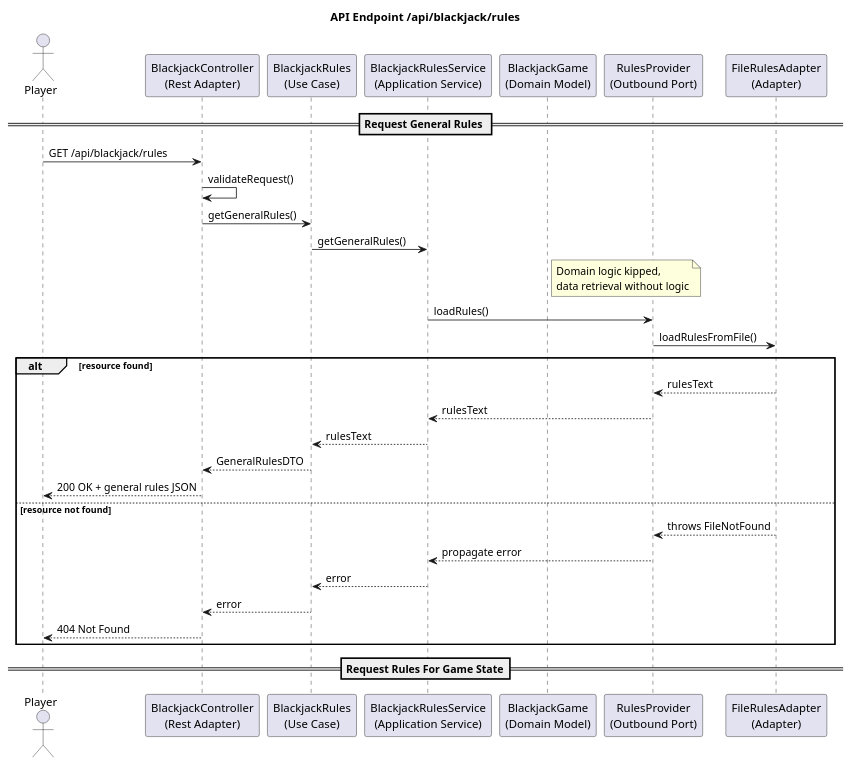
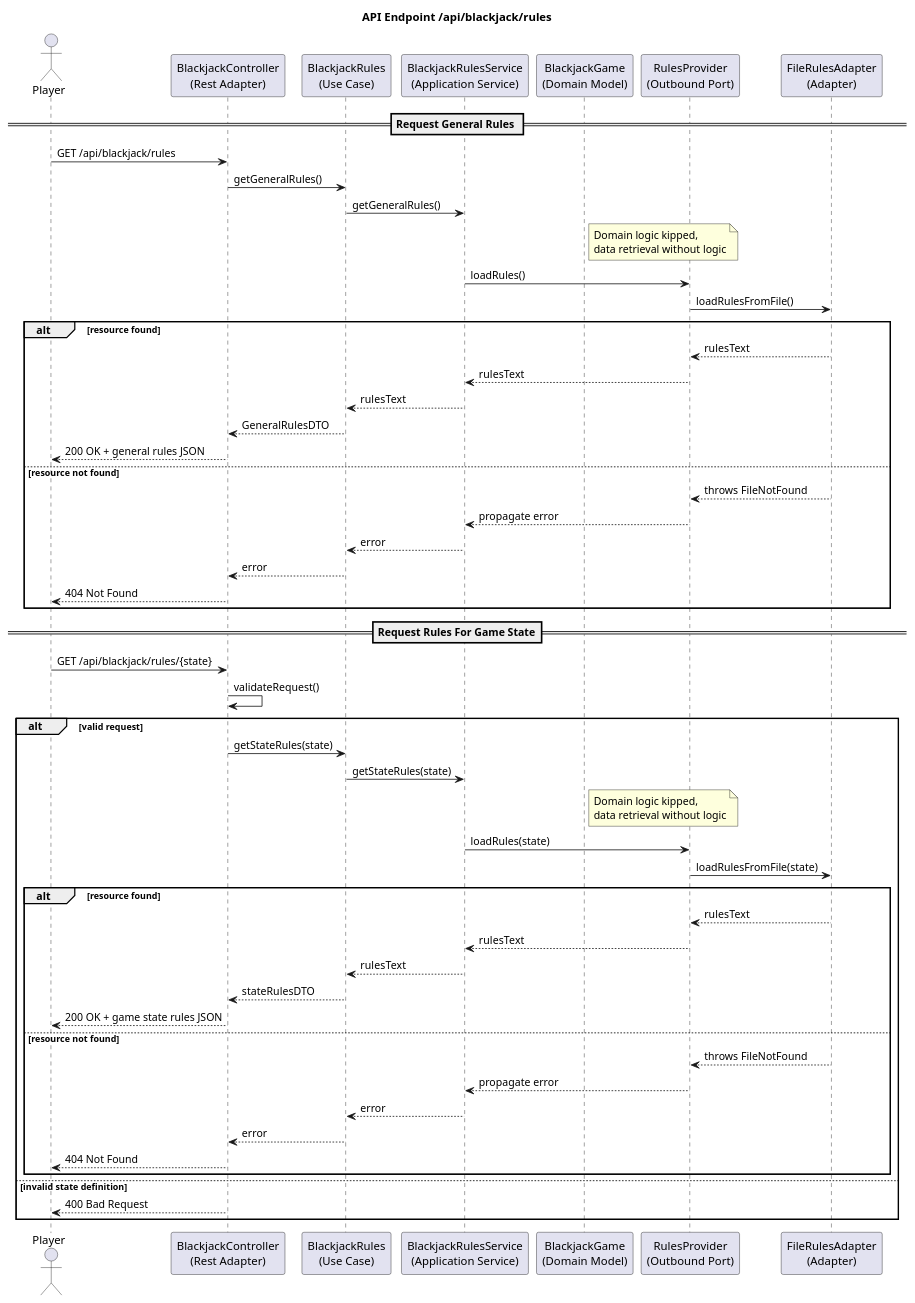
The diagram in docs/uml/sequence_diagram_rules.puml (voelkerh/Blackjack), drawn with PlantUML before and after one commit.

Commit message:
Finalize sequence diagram for game state specific rules

```diff
--- a/docs/uml/sequence_diagram_rules.puml
+++ b/docs/uml/sequence_diagram_rules.puml
@@ -1,43 +1,72 @@
 @startuml
 title API Endpoint /api/blackjack/rules
 actor Player
 
 participant "BlackjackController\n(Rest Adapter)" as Controller
 participant "BlackjackRules\n(Use Case)" as UseCase
 participant "BlackjackRulesService\n(Application Service)" as Service
 participant "BlackjackGame\n(Domain Model)" as Domain
 participant "RulesProvider\n(Outbound Port)" as Port
 participant "FileRulesAdapter\n(Adapter)" as Adapter
 
 == Request General Rules ==
 
 Player -> Controller : GET /api/blackjack/rules
-Controller -> Controller : validateRequest()
 
     Controller -> UseCase : getGeneralRules()
     UseCase -> Service : getGeneralRules()
     note right of Domain: Domain logic kipped, \ndata retrieval without logic
     Service -> Port : loadRules()
     Port -> Adapter : loadRulesFromFile()
 
 alt resource found
     Adapter --> Port : rulesText
     Port --> Service : rulesText
     Service --> UseCase : rulesText
     UseCase --> Controller : GeneralRulesDTO
     Controller --> Player : 200 OK + general rules JSON
 
 else resource not found
     Adapter --> Port : throws FileNotFound
     Port --> Service : propagate error
     Service --> UseCase : error
     UseCase --> Controller : error
     Controller --> Player : 404 Not Found
 
 end
 
 == Request Rules For Game State==
 
+Player -> Controller : GET /api/blackjack/rules/{state}
+Controller -> Controller : validateRequest()
 
+alt valid request
+
+        Controller -> UseCase : getStateRules(state)
+        UseCase -> Service : getStateRules(state)
+        note right of Domain: Domain logic kipped, \ndata retrieval without logic
+        Service -> Port : loadRules(state)
+        Port -> Adapter : loadRulesFromFile(state)
+
+    alt resource found
+        Adapter --> Port : rulesText
+        Port --> Service : rulesText
+        Service --> UseCase : rulesText
+        UseCase --> Controller : stateRulesDTO
+        Controller --> Player : 200 OK + game state rules JSON
+
+    else resource not found
+        Adapter --> Port : throws FileNotFound
+        Port --> Service : propagate error
+        Service --> UseCase : error
+        UseCase --> Controller : error
+        Controller --> Player : 404 Not Found
+    end
+
+else invalid state definition
+
+    Controller --> Player : 400 Bad Request
+
+end
 
 @enduml
```
